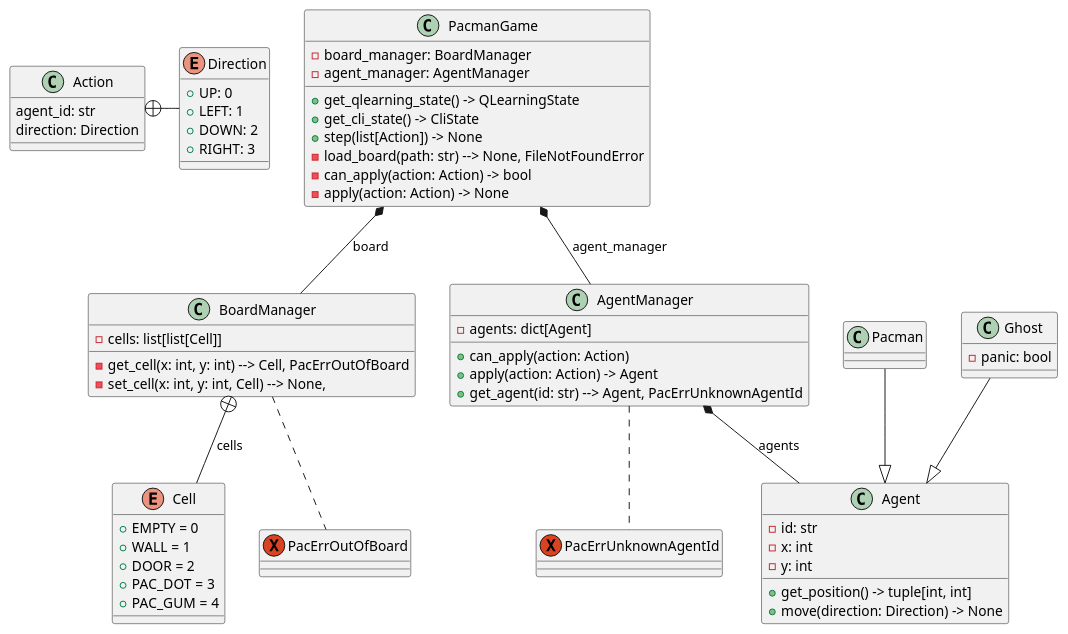
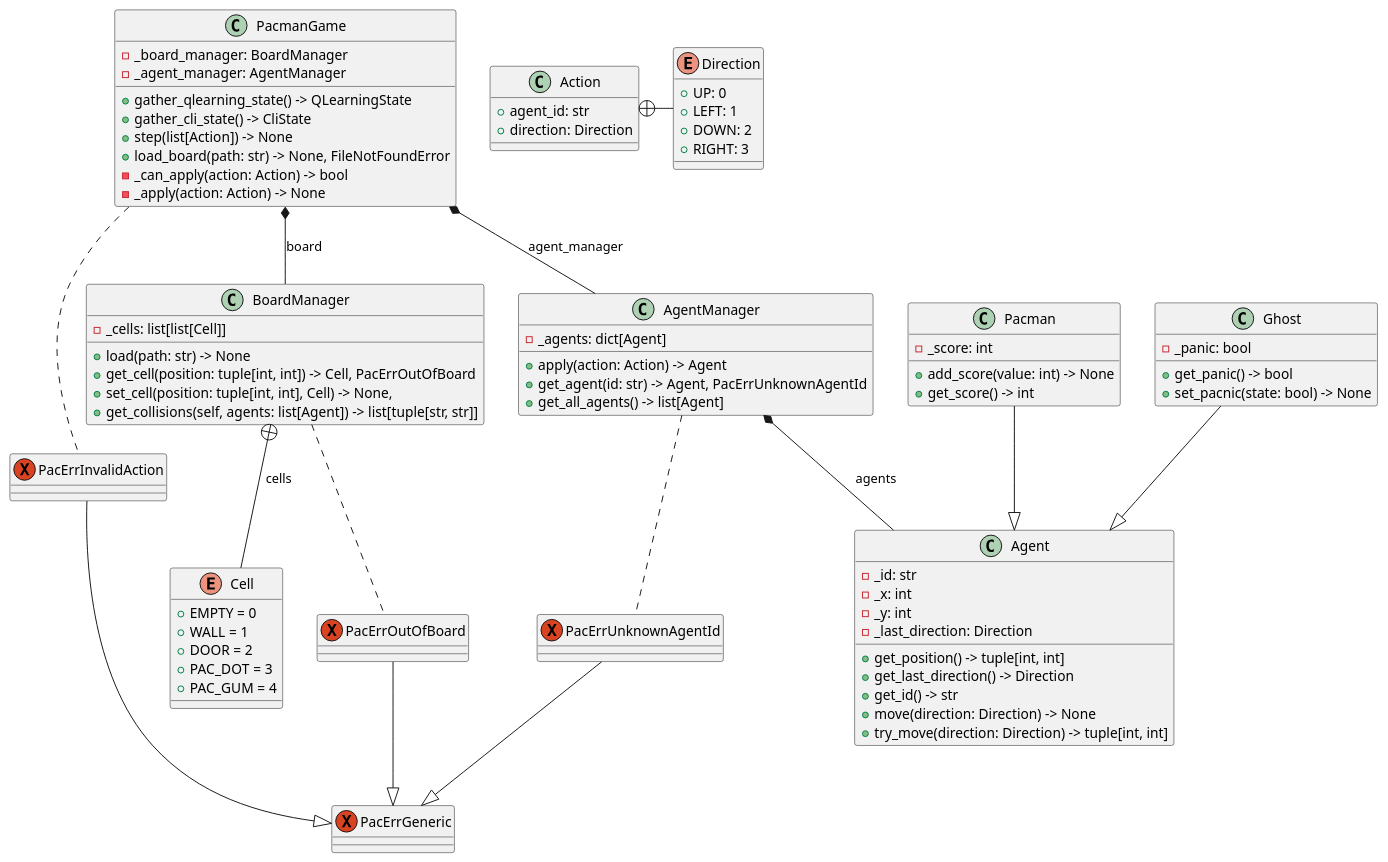
Before and after one commit to kalharko/pAIcman: the diagram in Documentation/class_back.puml, drawn with PlantUML. The commit also changed 1 other file, not shown here.

Commit message:
:memo: update to readme and class diagram of back

```diff
--- a/Documentation/class_back.puml
+++ b/Documentation/class_back.puml
@@ -1,85 +1,105 @@
 @startuml class_back
 
 class PacmanGame {
-	- board_manager: BoardManager
-	- agent_manager: AgentManager
+	- _board_manager: BoardManager
+	- _agent_manager: AgentManager
 
-	+ get_qlearning_state() -> QLearningState
-	+ get_cli_state() -> CliState
+	+ gather_qlearning_state() -> QLearningState
+	+ gather_cli_state() -> CliState
 	+ step(list[Action]) -> None
-	- load_board(path: str) --> None, FileNotFoundError
-	- can_apply(action: Action) -> bool
-	- apply(action: Action) -> None
+	+ load_board(path: str) -> None, FileNotFoundError
+	- _can_apply(action: Action) -> bool
+	- _apply(action: Action) -> None
 }
 
 class BoardManager {
-	- cells: list[list[Cell]]
+	- _cells: list[list[Cell]]
 
-	- get_cell(x: int, y: int) --> Cell, PacErrOutOfBoard
-	- set_cell(x: int, y: int, Cell) --> None,
+	+ load(path: str) -> None
+	+ get_cell(position: tuple[int, int]) -> Cell, PacErrOutOfBoard
+	+ set_cell(position: tuple[int, int], Cell) -> None,
+	+ get_collisions(self, agents: list[Agent]) -> list[tuple[str, str]]
 }
 
 class AgentManager {
-	- agents: dict[Agent]
+	- _agents: dict[Agent]
 
-	+ can_apply(action: Action)
 	+ apply(action: Action) -> Agent
-	+ get_agent(id: str) --> Agent, PacErrUnknownAgentId
+	+ get_agent(id: str) -> Agent, PacErrUnknownAgentId
+	+ get_all_agents() -> list[Agent]
 }
 
 enum Cell {
 	+ EMPTY = 0
 	+ WALL = 1
 	+ DOOR = 2
 	+ PAC_DOT = 3
 	+ PAC_GUM = 4
 }
 
 class Agent {
-	- id: str
-	- x: int
-	- y: int
+	- _id: str
+	- _x: int
+	- _y: int
+	- _last_direction: Direction
 
 	+ get_position() -> tuple[int, int]
+	+ get_last_direction() -> Direction
+	+ get_id() -> str
 	+ move(direction: Direction) -> None
+	+ try_move(direction: Direction) -> tuple[int, int]
 }
 
 class Pacman {
+	- _score: int
+	+ add_score(value: int) -> None
+	+ get_score() -> int
 }
 
 class Ghost {
-	- panic: bool
+	- _panic: bool
+
+	+ get_panic() -> bool
+	+ set_pacnic(state: bool) -> None
 }
 
 enum Direction {
 	+ UP: 0
 	+ LEFT: 1
 	+ DOWN: 2
 	+ RIGHT: 3
 }
 
 class Action {
-	agent_id: str
-	direction: Direction
+	+ agent_id: str
+	+ direction: Direction
 }
 
+exception PacErrGeneric {
+}
 exception PacErrOutOfBoard {
 }
 exception PacErrUnknownAgentId {
 }
+exception PacErrInvalidAction
 
 
 
 PacmanGame *-- AgentManager: agent_manager
 AgentManager *-- Agent: agents
 PacmanGame *-- BoardManager: board
 BoardManager +-- Cell: cells
 Pacman --|> Agent
 Ghost --|> Agent
 
 Action +-r- Direction
 
 BoardManager .. PacErrOutOfBoard
 AgentManager .. PacErrUnknownAgentId
+PacmanGame .. PacErrInvalidAction
+
+PacErrGeneric <|-u- PacErrOutOfBoard
+PacErrGeneric <|-u- PacErrUnknownAgentId
+PacErrGeneric <|-u- PacErrInvalidAction
 
 @enduml
```
